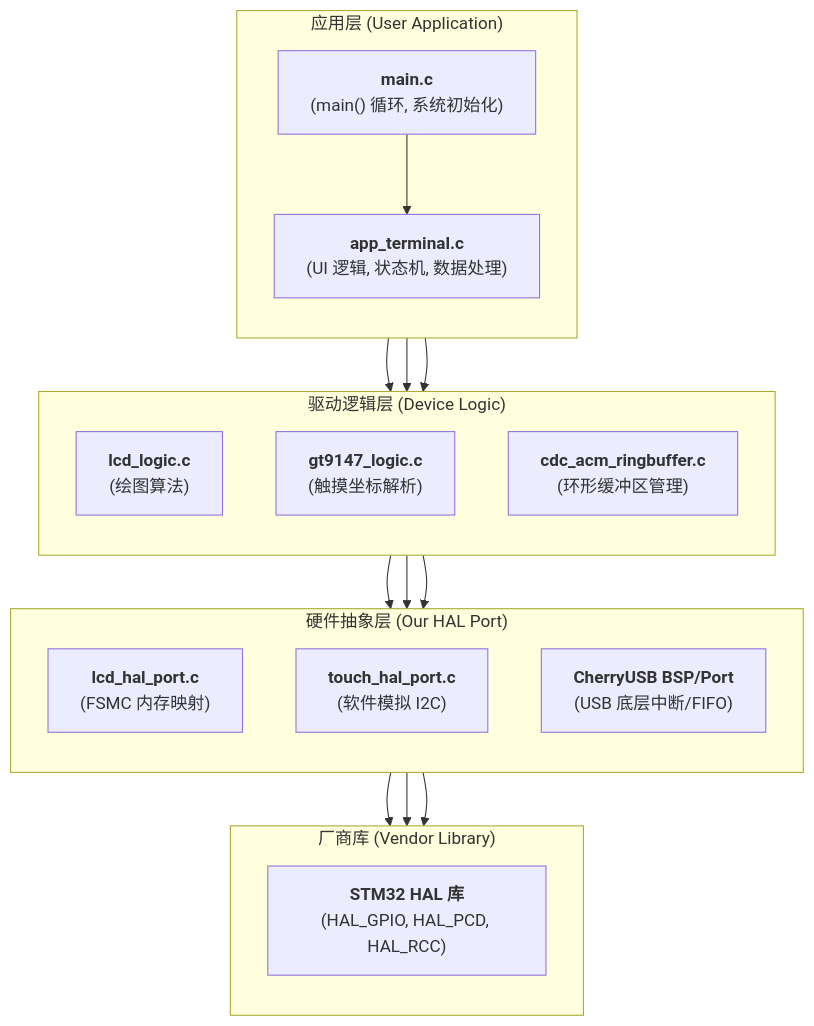
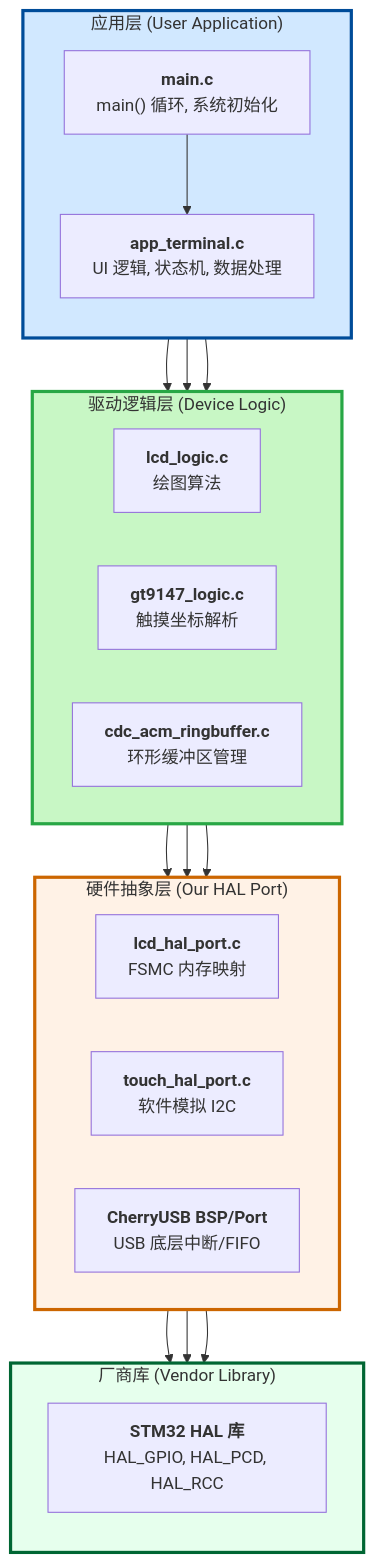
The diagram in README.md (PolarisYu/STM32-Serial-Touch-Terminal), drawn with Mermaid before and after one commit. The commit also changed other lines of this file, not shown here.

````diff
--- a/README.md
+++ b/README.md
@@ -54,42 +48,45 @@
 ```mermaid
-graph TD
-    subgraph "应用层 (User Application)"
+flowchart TB
+    subgraph Layer1["应用层 (User Application)"]
         direction TB
-        Main["<b>main.c</b><br/>(main() 循环, 系统初始化)"]
-        App["<b>app_terminal.c</b><br/>(UI 逻辑, 状态机, 数据处理)"]
+        Main["<b>main.c</b><br/>main() 循环, 系统初始化"]
+        App["<b>app_terminal.c</b><br/>UI 逻辑, 状态机, 数据处理"]
+        Main --> App
     end
     
-    subgraph "驱动逻辑层 (Device Logic)"
-        direction TB
-        LcdLogic["<b>lcd_logic.c</b><br/>(绘图算法)"]
-        TouchLogic["<b>gt9147_logic.c</b><br/>(触摸坐标解析)"]
-        UsbService["<b>cdc_acm_ringbuffer.c</b><br/>(环形缓冲区管理)"]
+    subgraph Layer2["驱动逻辑层 (Device Logic)"]
+        direction LR
+        LcdLogic["<b>lcd_logic.c</b><br/>绘图算法"]
+        TouchLogic["<b>gt9147_logic.c</b><br/>触摸坐标解析"]
+        UsbService["<b>cdc_acm_ringbuffer.c</b><br/>环形缓冲区管理"]
     end
     
-    subgraph "硬件抽象层 (Our HAL Port)"
-        direction TB
-        LcdPort["<b>lcd_hal_port.c</b><br/>(FSMC 内存映射)"]
-        TouchPort["<b>touch_hal_port.c</b><br/>(软件模拟 I2C)"]
-        UsbPort["<b>CherryUSB BSP/Port</b><br/>(USB 底层中断/FIFO)"]
+    subgraph Layer3["硬件抽象层 (Our HAL Port)"]
+        direction LR
+        LcdPort["<b>lcd_hal_port.c</b><br/>FSMC 内存映射"]
+        TouchPort["<b>touch_hal_port.c</b><br/>软件模拟 I2C"]
+        UsbPort["<b>CherryUSB BSP/Port</b><br/>USB 底层中断/FIFO"]
     end
     
-    subgraph "厂商库 (Vendor Library)"
+    subgraph Layer4["厂商库 (Vendor Library)"]
         direction TB
-        ST_HAL["<b>STM32 HAL 库</b><br/>(HAL_GPIO, HAL_PCD, HAL_RCC)"]
+        ST_HAL["<b>STM32 HAL 库</b><br/>HAL_GPIO, HAL_PCD, HAL_RCC"]
     end
-    
-    %% 定义调用关系
-    Main --> App
     
     App --> LcdLogic
     App --> TouchLogic
     App --> UsbService
     
     LcdLogic --> LcdPort
     TouchLogic --> TouchPort
     UsbService --> UsbPort
     
     LcdPort --> ST_HAL
     TouchPort --> ST_HAL
     UsbPort --> ST_HAL
+    
+    style Layer1 fill:#D1E8FF,stroke:#004C99,stroke-width:3px
+    style Layer2 fill:#C8F7C5,stroke:#28A745,stroke-width:3px
+    style Layer3 fill:#FFF2E6,stroke:#CC6600,stroke-width:3px
+    style Layer4 fill:#E6FFED,stroke:#006633,stroke-width:3px
 ```
````
